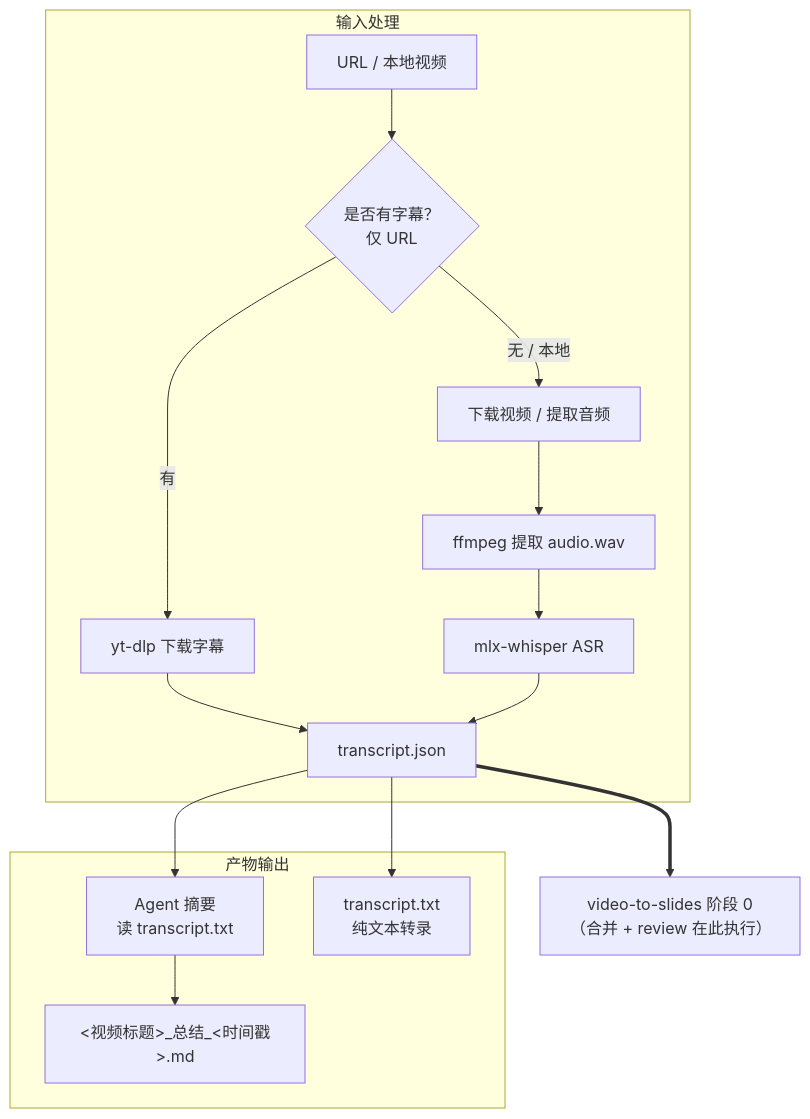
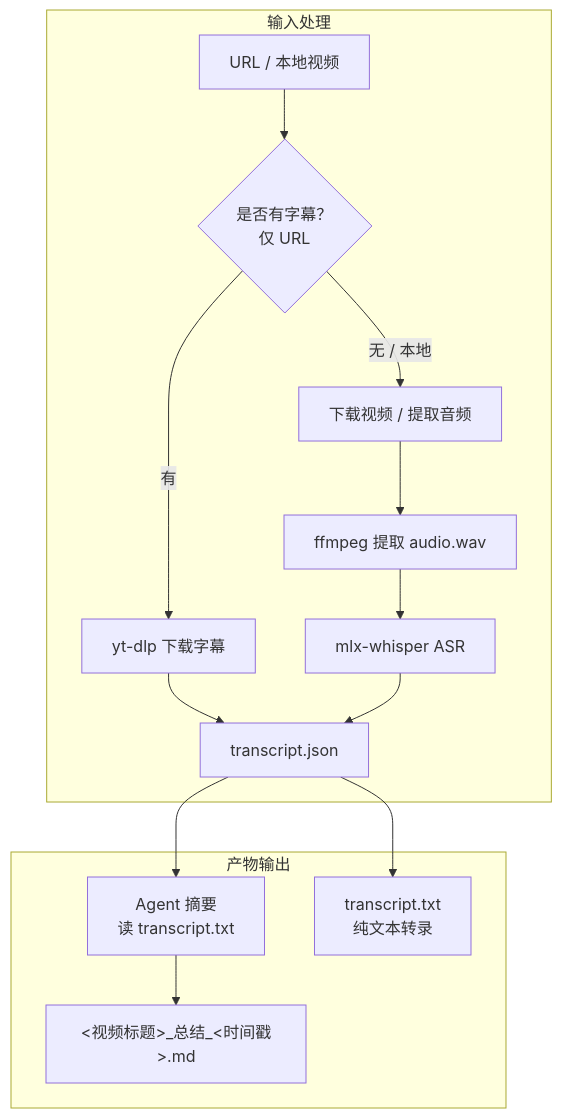
The first of 2 diagrams in .agents/skills/video-to-slides/SKILL.md (jarvislee90s-dot/VideoToDoc-skills), drawn with Mermaid before and after one commit. The commit also changed other lines of this file and 3 other files, not shown here.

````diff
--- a/.agents/skills/video-to-slides/SKILL.md
+++ b/.agents/skills/video-to-slides/SKILL.md
@@ -50,20 +53,18 @@
 ```mermaid
 flowchart TB
     subgraph vs_input ["输入处理"]
         A[URL / 本地视频] --> B{是否有字幕？<br/>仅 URL}
         B -- 有 --> C[yt-dlp 下载字幕]
         B -- 无 / 本地 --> D[下载视频 / 提取音频]
         D --> E[ffmpeg 提取 audio.wav]
         E --> F[mlx-whisper ASR]
         C --> G[transcript.json]
         F --> G
     end
 
     G --> R[Agent 摘要<br/>读 transcript.txt]
     subgraph vs_output ["产物输出"]
         R --> S[<视频标题>_总结_<时间戳>.md]
         G --> T[transcript.txt<br/>纯文本转录]
     end
-
-    G ==> VTS["video-to-slides 阶段 0<br/>（合并 + review 在此执行）"]
 ```
````
